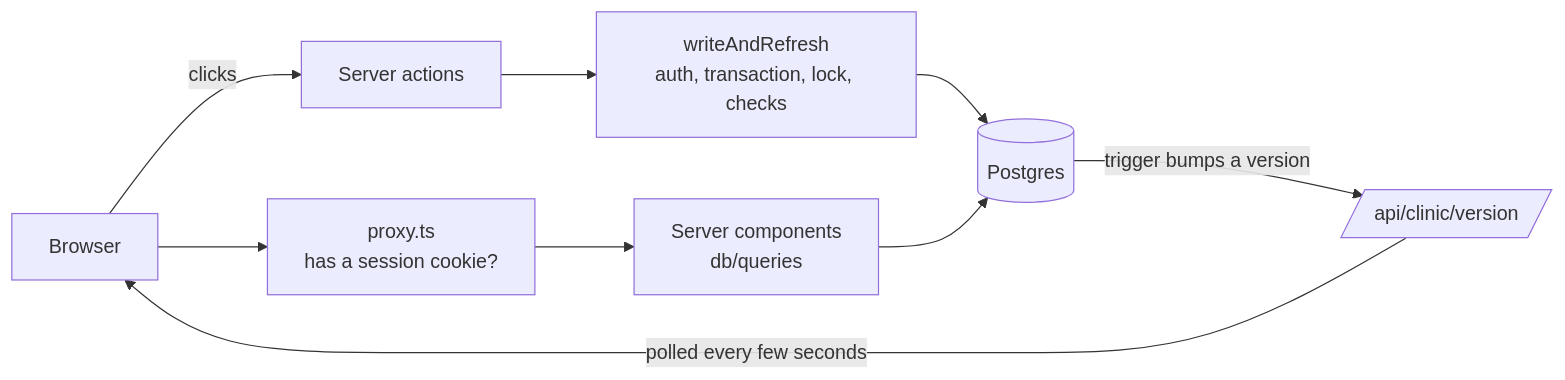
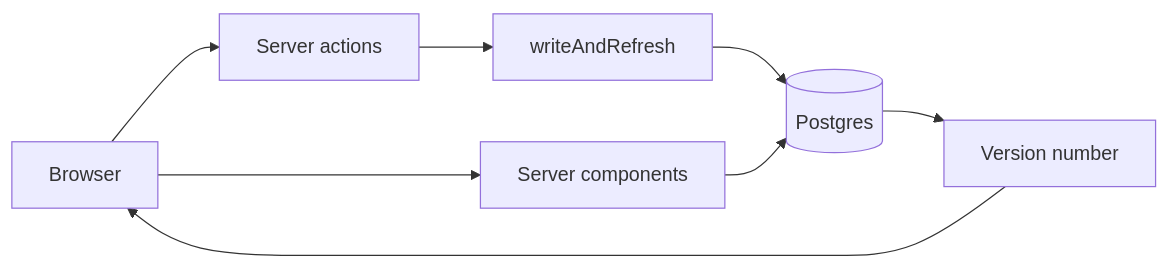
Before and after one commit to alecokelberry/floss: the diagram in README.md, drawn with Mermaid. The commit also changed other lines of this file, not shown here.

````diff
--- a/README.md
+++ b/README.md
@@ -44,11 +34,10 @@
 ```mermaid
 flowchart LR
-  B[Browser] --> P[proxy.ts<br/>has a session cookie?]
-  P --> Pages[Server components<br/>db/queries]
-  B -- clicks --> A[Server actions]
-  A --> W[writeAndRefresh<br/>auth, transaction, lock, checks]
-  W --> DB[(Postgres)]
+  Browser --> Pages[Server components]
+  Browser --> Actions[Server actions]
+  Actions --> Write[writeAndRefresh]
+  Write --> DB[(Postgres)]
   Pages --> DB
-  DB -- trigger bumps a version --> V[/api/clinic/version/]
-  V -- polled every few seconds --> B
+  DB --> Version[Version number]
+  Version --> Browser
 ```
````
